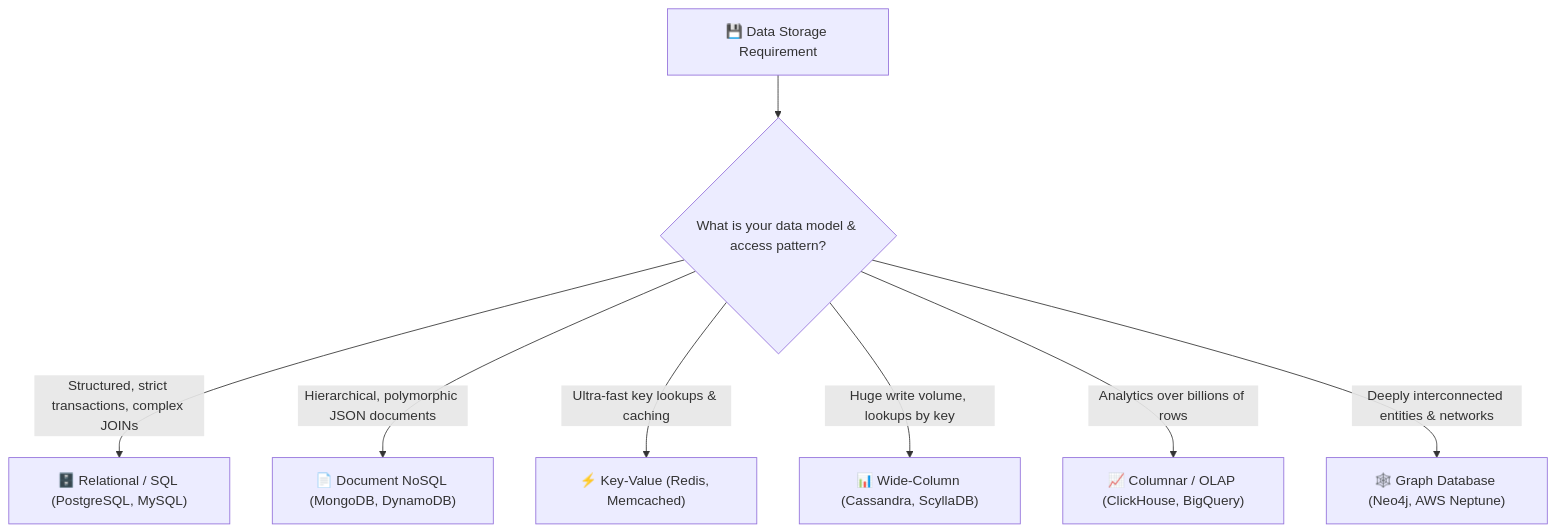
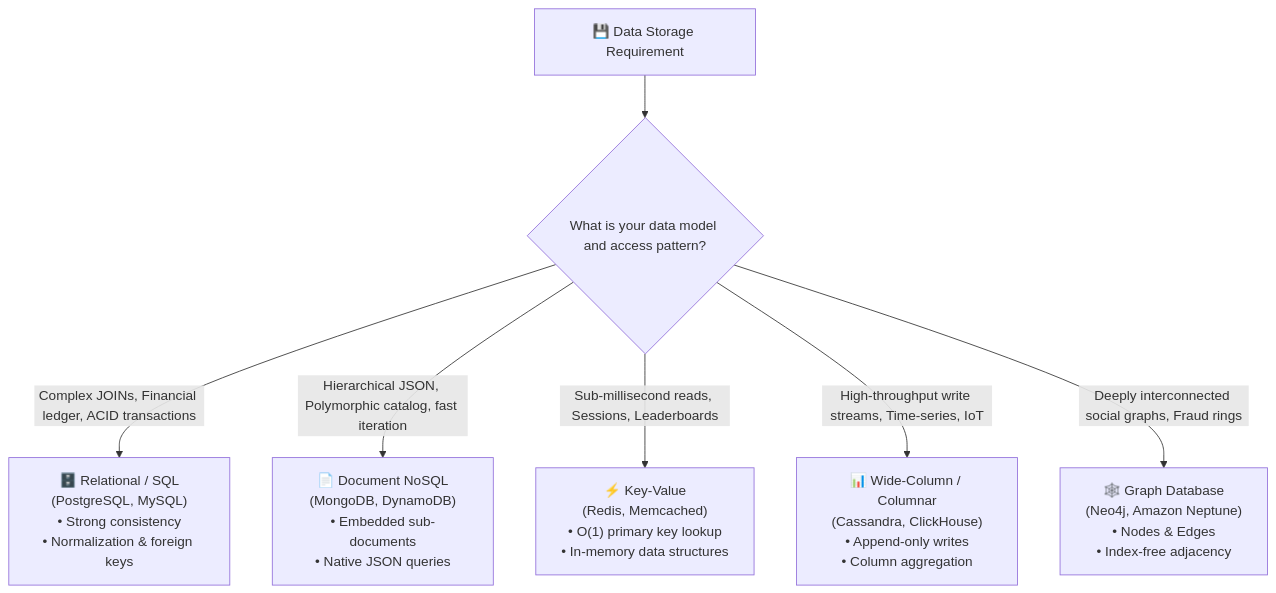
The diagram in 06-relational-and-non-relational-databases/README.md (Aniketchavan7/system-design-illustrated), drawn with Mermaid before and after one commit. The commit also changed other lines of this file and 25 other files, not shown here.

````diff
--- a/06-relational-and-non-relational-databases/README.md
+++ b/06-relational-and-non-relational-databases/README.md
@@ -14,11 +53,14 @@
 ```mermaid
 flowchart TD
-    DataReq["💾 Data Storage Requirement"] --> QueryType{"What is your data model & access pattern?"}
+    Req["💾 Data Storage Requirement"] --> Query{"What is your data model and access pattern?"}
 
-    QueryType -->|Structured, strict transactions, complex JOINs| SQL["🗄️ Relational / SQL (PostgreSQL, MySQL)"]
-    QueryType -->|Hierarchical, polymorphic JSON documents| Doc["📄 Document NoSQL (MongoDB, DynamoDB)"]
-    QueryType -->|Ultra-fast key lookups & caching| KV["⚡ Key-Value (Redis, Memcached)"]
-    QueryType -->|Huge write volume, lookups by key| Wide["📊 Wide-Column (Cassandra, ScyllaDB)"]
-    QueryType -->|Analytics over billions of rows| Col["📈 Columnar / OLAP (ClickHouse, BigQuery)"]
-    QueryType -->|Deeply interconnected entities & networks| Graph["🕸️ Graph Database (Neo4j, AWS Neptune)"]
+    Query -->|Complex JOINs, Financial ledger, ACID transactions| SQL["🗄️ Relational / SQL<br/>(PostgreSQL, MySQL)<br/>• Strong consistency<br/>• Normalization & foreign keys"]
+
+    Query -->|Hierarchical JSON, Polymorphic catalog, fast iteration| Doc["📄 Document NoSQL<br/>(MongoDB, DynamoDB)<br/>• Embedded sub-documents<br/>• Native JSON queries"]
+
+    Query -->|Sub-millisecond reads, Sessions, Leaderboards| KV["⚡ Key-Value<br/>(Redis, Memcached)<br/>• O(1) primary key lookup<br/>• In-memory data structures"]
+
+    Query -->|High-throughput write streams, Time-series, IoT| Wide["📊 Wide-Column / Columnar<br/>(Cassandra, ClickHouse)<br/>• Append-only writes<br/>• Column aggregation"]
+
+    Query -->|Deeply interconnected social graphs, Fraud rings| Graph["🕸️ Graph Database<br/>(Neo4j, Amazon Neptune)<br/>• Nodes & Edges<br/>• Index-free adjacency"]
 ```
````
